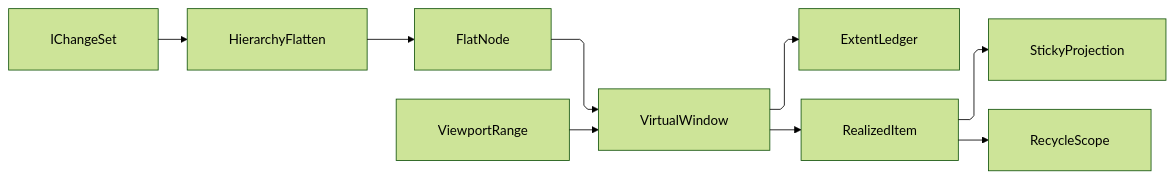
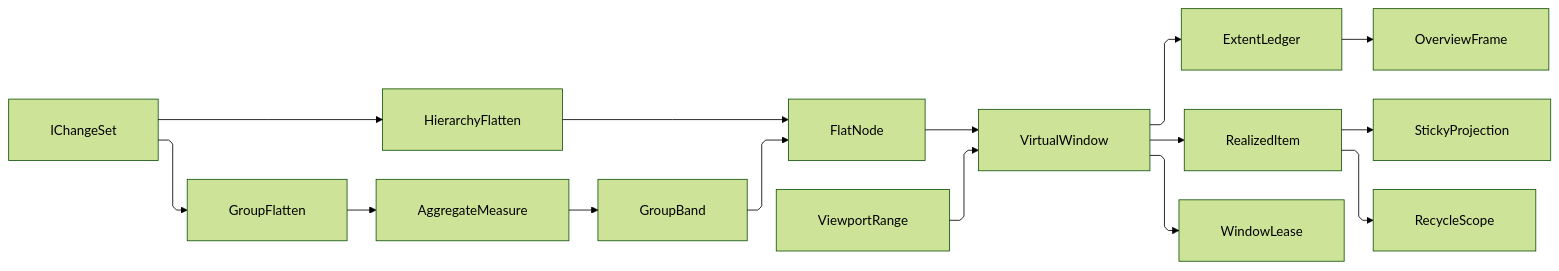
One commit to bsamiee/Rasm changed the diagram in libs/csharp/Rasm.AppUi/.planning/Shell/virtualization.md. Above: the diagram before and after it, drawn with Mermaid (forest theme). The commit also changed other lines of this file and 747 other files, not shown here.

````diff
--- a/libs/csharp/Rasm.AppUi/.planning/Shell/virtualization.md
+++ b/libs/csharp/Rasm.AppUi/.planning/Shell/virtualization.md
@@ -431,20 +803,26 @@
 ```mermaid
 ---
 config:
   layout: elk
   flowchart:
     curve: linear
     padding: 25
 ---
 flowchart LR
-    accTitle: Hierarchy virtualization window spine
-    accDescr: A change-set flattening into ranked flat nodes, the viewport range and node stream resolving one virtual window, and that window driving the extent ledger beside realized items carrying sticky projection and recycle scope.
+    accTitle: Hierarchy and grouping virtualization window spine
+    accDescr: A change-set flattening through the parent-keyed tree bridge or the grouping bridge with its aggregate folds into flat nodes, the viewport range and node stream resolving one virtual window, and that window driving the extent ledger beside realized items carrying sticky projection, recycle scope, the bound window lease, and the overview frame.
     IChangeSet --> HierarchyFlatten
+    IChangeSet --> GroupFlatten
+    GroupFlatten --> AggregateMeasure
+    AggregateMeasure --> GroupBand
+    GroupBand --> FlatNode
     HierarchyFlatten --> FlatNode
     FlatNode --> VirtualWindow
     ViewportRange --> VirtualWindow
     VirtualWindow --> ExtentLedger
     VirtualWindow --> RealizedItem
+    VirtualWindow --> WindowLease
+    ExtentLedger --> OverviewFrame
     RealizedItem --> StickyProjection
     RealizedItem --> RecycleScope
 ```
````
